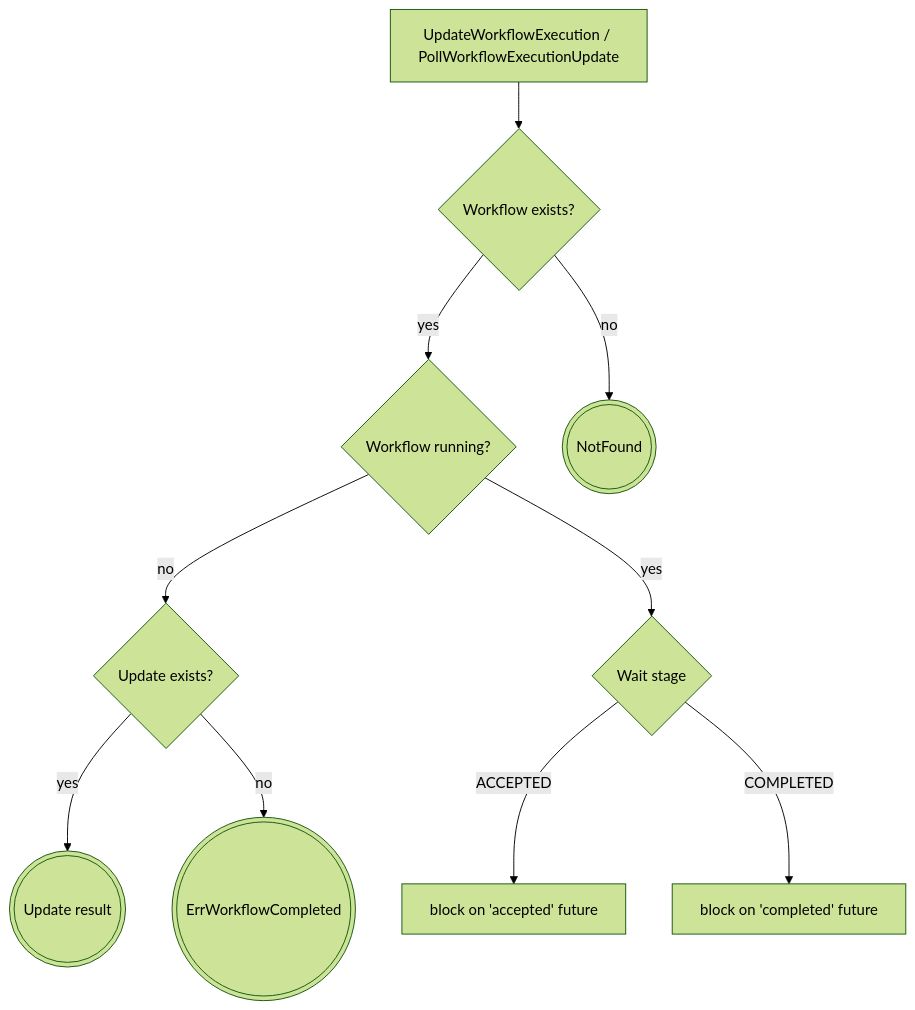
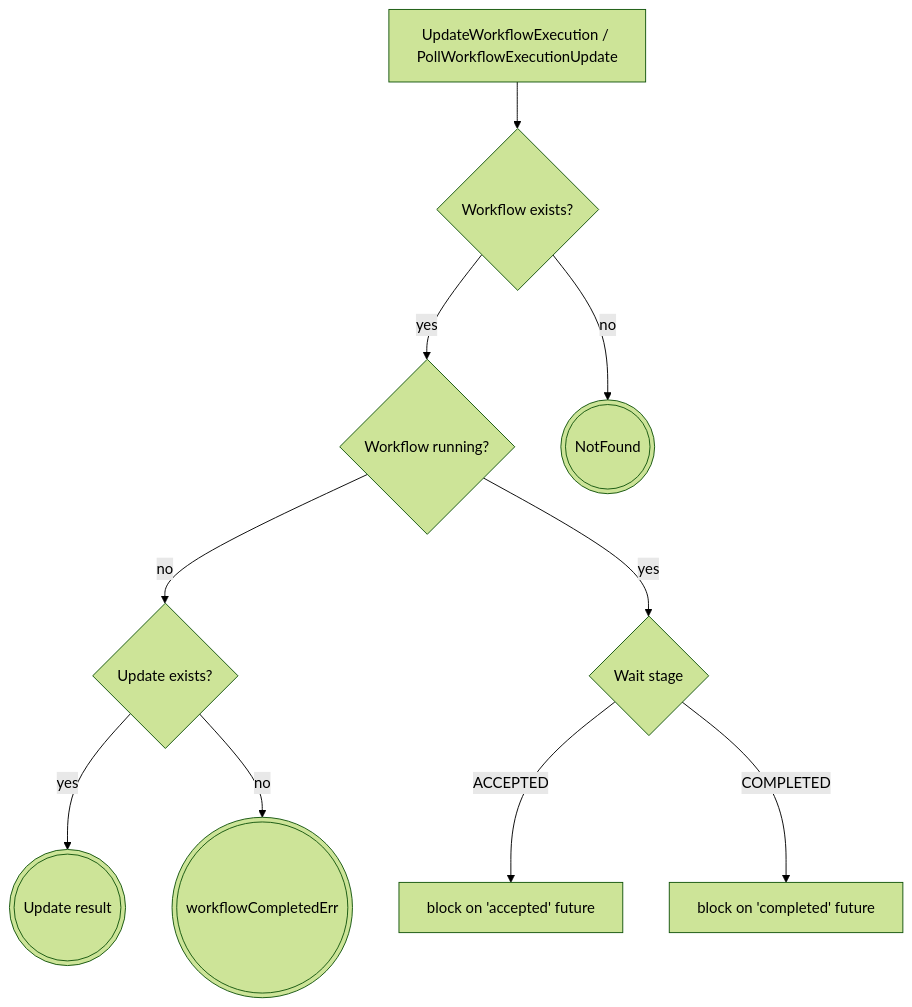
Before and after one commit to temporalio/temporal: the third of 6 diagrams in docs/architecture/workflow-update.md, drawn with Mermaid (forest theme). The commit also changed other lines of this file and 7 other files, not shown here.

````diff
--- a/docs/architecture/workflow-update.md
+++ b/docs/architecture/workflow-update.md
@@ -239,13 +239,13 @@
 ```mermaid
 flowchart TD
     updateWorkflowExecution[UpdateWorkflowExecution / PollWorkflowExecutionUpdate] --> wfExists{Workflow exists?}
     wfExists --> |yes| wfRunning{Workflow running?}
     wfExists --> |no| notFound(((NotFound)))
     wfRunning --> |no| updateExists{Update exists?}
     wfRunning --> |yes| waitFor{Wait stage}
     updateExists --> |yes| success1(((Update result)))
-    updateExists --> |no| wfCompleted(((ErrWorkflowCompleted)))
+    updateExists --> |no| wfCompleted(((workflowCompletedErr)))
 
     waitFor --> |ACCEPTED| blockAccepted[block on 'accepted' future]
     waitFor --> |COMPLETED| blockCompleted[block on 'completed' future]
 ```
````
